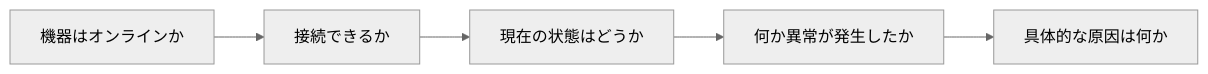
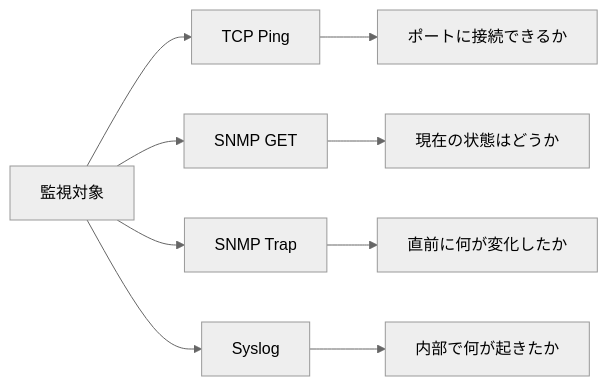
One commit to seki999/DialogueFlow_GitHub_OnLine changed the diagram in slides/网络监控四层通信方式解析/日语版/01.md. Above: the diagram before and after it, drawn with Mermaid (neutral theme). The commit also changed other lines of this file and 56 other files, not shown here.

````diff
--- a/slides/网络监控四层通信方式解析/日语版/01.md
+++ b/slides/网络监控四层通信方式解析/日语版/01.md
@@ -5,7 +5,11 @@
 ```mermaid
 flowchart LR
-    A[機器はオンラインか] --> B[接続できるか]
-    B --> C[現在の状態はどうか]
-    C --> D[何か異常が発生したか]
-    D --> E[具体的な原因は何か]
+    A[監視対象] --> B[TCP Ping]
+    A --> C[SNMP GET]
+    A --> D[SNMP Trap]
+    A --> E[Syslog]
+    B --> F[ポートに接続できるか]
+    C --> G[現在の状態はどうか]
+    D --> H[直前に何が変化したか]
+    E --> I[内部で何が起きたか]
 ```
````
